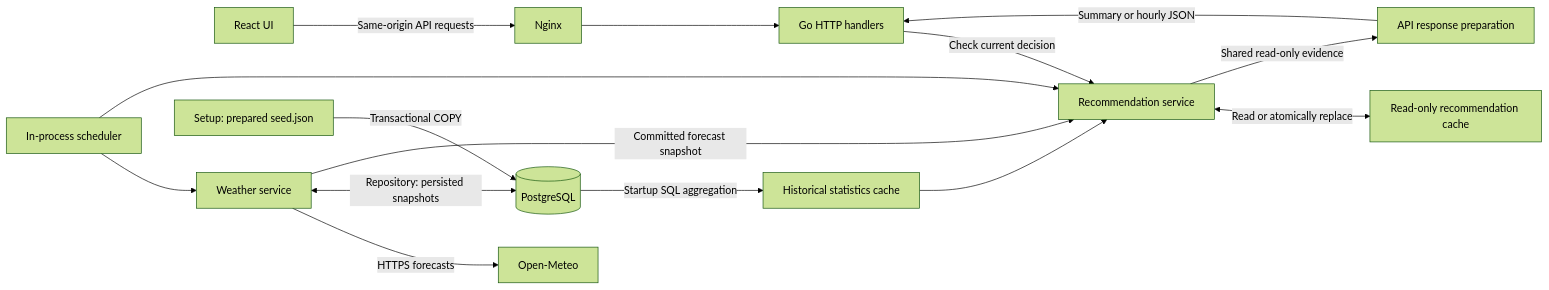
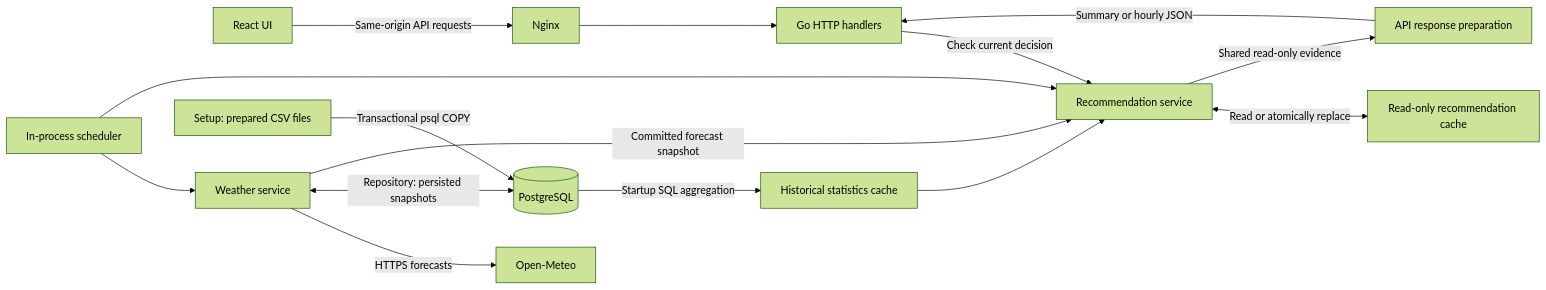
The diagram in DESIGN_AND_SCALABILITY.md (mVaibhavPrakash/uber-assignment), drawn with Mermaid (forest theme) before and after one commit. The commit also changed other lines of this file and 25 other files, not shown here.

Commit message:
refactor: replace JSON seed loader with PostgreSQL CSV imports

````diff
--- a/DESIGN_AND_SCALABILITY.md
+++ b/DESIGN_AND_SCALABILITY.md
@@ -11,17 +11,17 @@
 ```mermaid
 flowchart LR
     Browser[React UI] -->|Same-origin API requests| Nginx
     Nginx --> API[Go HTTP handlers]
     API -->|Check current decision| Recommendation[Recommendation service]
     Recommendation <-->|Read or atomically replace| ResultCache[Read-only recommendation cache]
     Recommendation -->|Shared read-only evidence| Response[API response preparation]
     Response -->|Summary or hourly JSON| API
     Scheduler[In-process scheduler] --> Weather[Weather service]
     Scheduler --> Recommendation
     Weather -->|HTTPS forecasts| OpenMeteo[Open-Meteo]
     Weather <-->|Repository: persisted snapshots| DB[(PostgreSQL)]
     DB -->|Startup SQL aggregation| History[Historical statistics cache]
     History --> Recommendation
     Weather -->|Committed forecast snapshot| Recommendation
-    Seed[Setup: prepared seed.json] -->|Transactional COPY| DB
+    Seed[Setup: prepared CSV files] -->|Transactional psql COPY| DB
 ```
````
